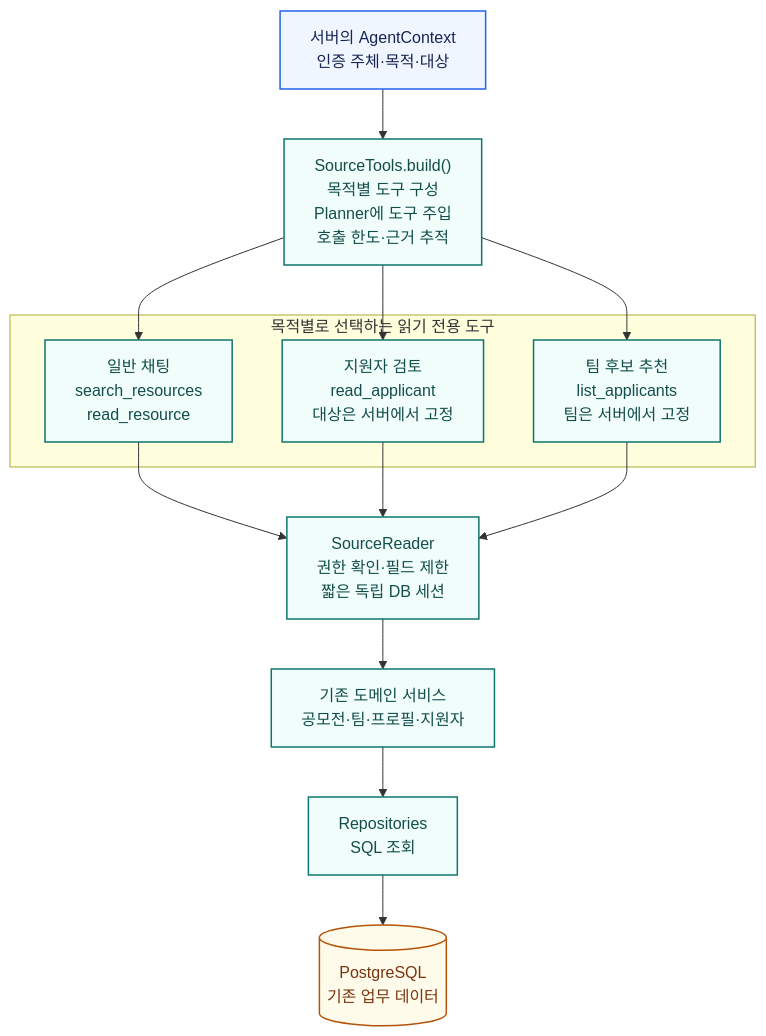
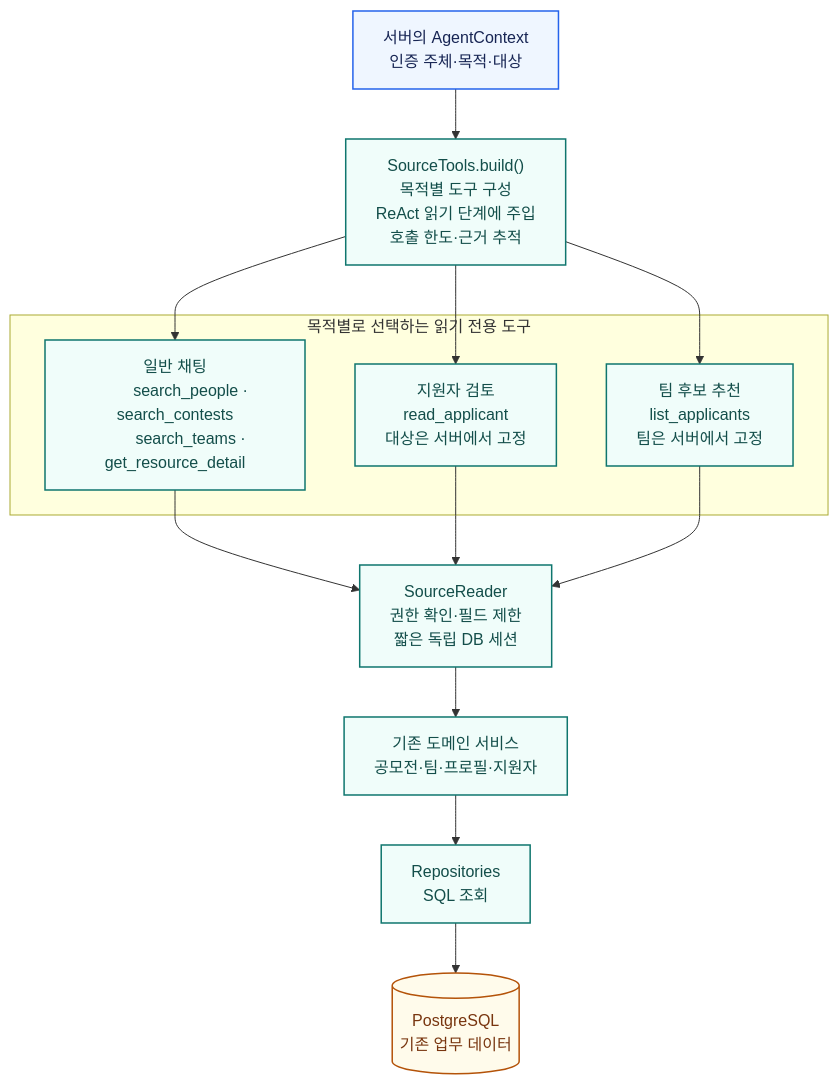
The diagram in docs/development/diagrams/ai-tools.mmd (wejo-team/sku-dreamon), drawn with Mermaid before and after one commit. The commit also changed 21 other files, not shown here.

```diff
--- a/docs/development/diagrams/ai-tools.mmd
+++ b/docs/development/diagrams/ai-tools.mmd
@@ -1,43 +1,43 @@
 flowchart TB
     accTitle: 목적별 도구 생성과 서비스 연결
     accDescr: 서버 컨텍스트를 받은 SourceTools가 일반 채팅, 개별 지원 검토, 팀 후보 추천별 도구를 구성한다. 모든 도구는 SourceReader를 통해 기존 서비스와 PostgreSQL을 조회한다.
     context["서버의 AgentContext
     인증 주체·목적·대상"]
     factory["SourceTools.build()
     목적별 도구 구성
-    Planner에 도구 주입
+    ReAct 읽기 단계에 주입
     호출 한도·근거 추적"]
     subgraph toolset["목적별로 선택하는 읽기 전용 도구"]
         chat["일반 채팅
-        search_resources
-        read_resource"]
+        search_people · search_contests
+        search_teams · get_resource_detail"]
         review["지원자 검토
         read_applicant
         대상은 서버에서 고정"]
         recommend["팀 후보 추천
         list_applicants
         팀은 서버에서 고정"]
     end
     reader["SourceReader
     권한 확인·필드 제한
     짧은 독립 DB 세션"]
     domain["기존 도메인 서비스
     공모전·팀·프로필·지원자"]
     repository["Repositories
     SQL 조회"]
     database[("PostgreSQL
     기존 업무 데이터")]
     context --> factory
     factory --> chat
     factory --> review
     factory --> recommend
     chat --> reader
     review --> reader
     recommend --> reader
     reader --> domain --> repository --> database
     classDef contextStyle fill:#eff6ff,stroke:#2563eb,color:#172554,stroke-width:1.5px;
     classDef toolStyle fill:#f0fdfa,stroke:#0f766e,color:#134e4a,stroke-width:1.5px;
     classDef dataStyle fill:#fffbeb,stroke:#b45309,color:#78350f,stroke-width:1.5px;
     class context contextStyle;
     class factory,chat,review,recommend,reader,domain,repository toolStyle;
     class database dataStyle;
```
